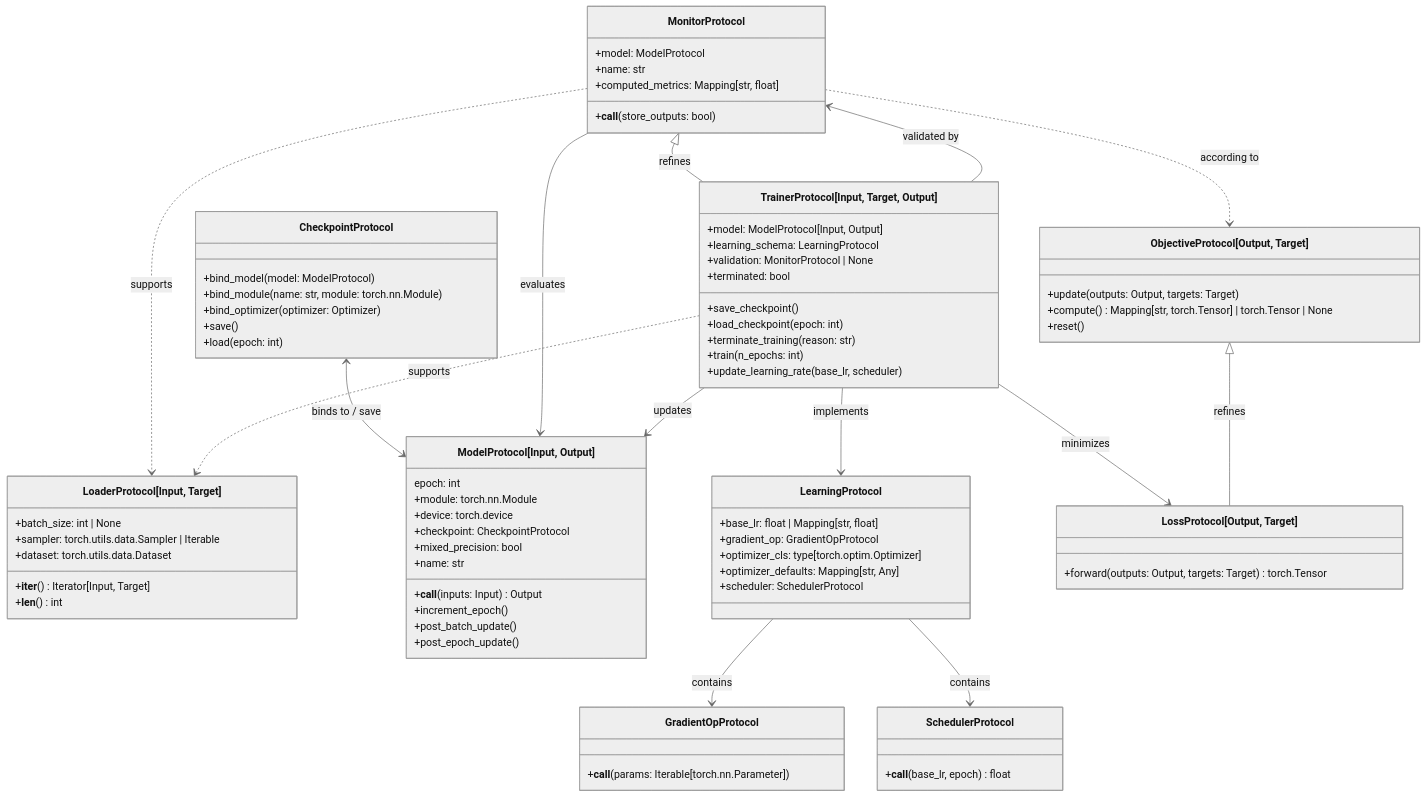
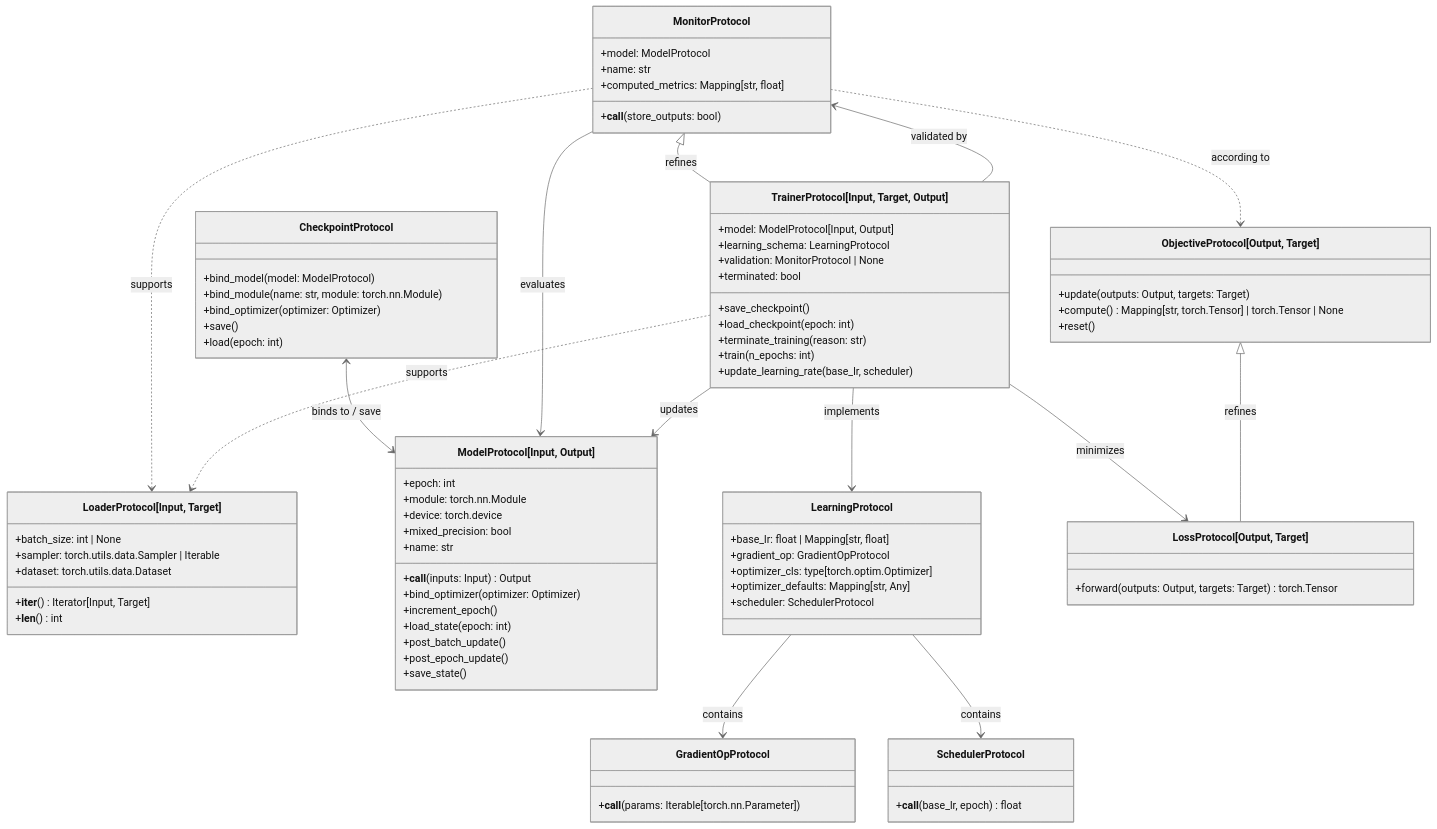
Before and after one commit to nverchev/drytorch: the diagram in docs/architecture.md, drawn with Mermaid (neutral theme). The commit also changed 13 other files, not shown here.

```diff
--- a/docs/architecture.md
+++ b/docs/architecture.md
@@ -37,16 +37,18 @@
     }
 
     class ModelProtocol["ModelProtocol[Input, Output]"] {
-        epoch: int
+        +epoch: int
         +module: torch.nn.Module
         +device: torch.device
-        +checkpoint: CheckpointProtocol
         +mixed_precision: bool
         +name: str
         +__call__(inputs: Input) Output
+        +bind_optimizer(optimizer: Optimizer)
         +increment_epoch()
+        +load_state(epoch: int)
         +post_batch_update()
         +post_epoch_update()
+        +save_state()
     }
 
     class CheckpointProtocol {
```
